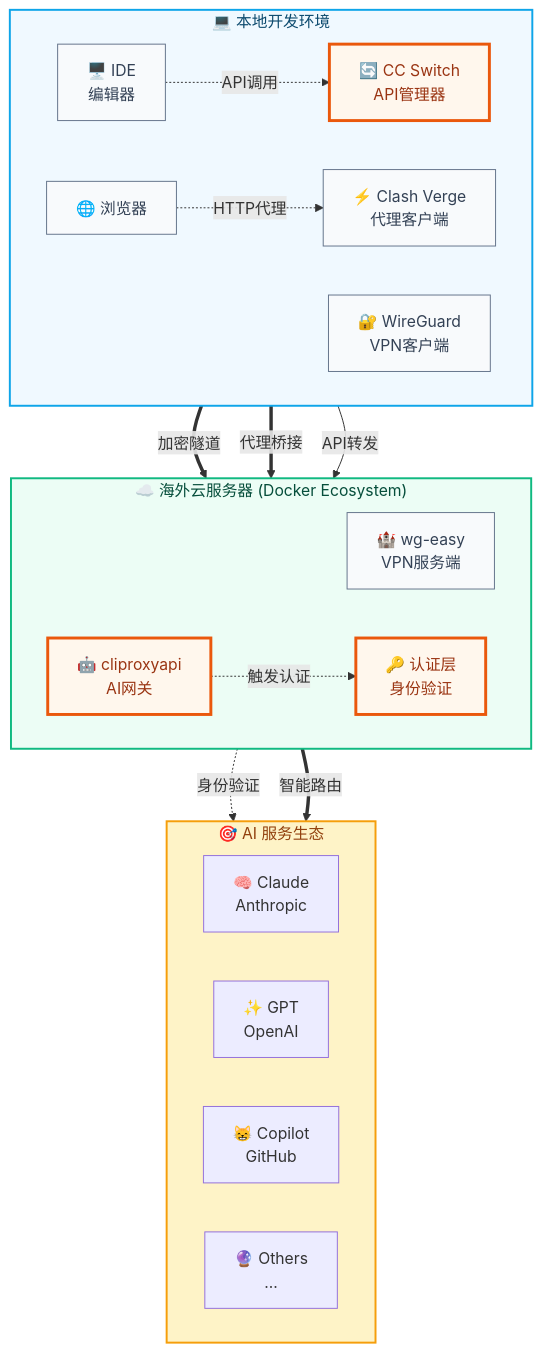
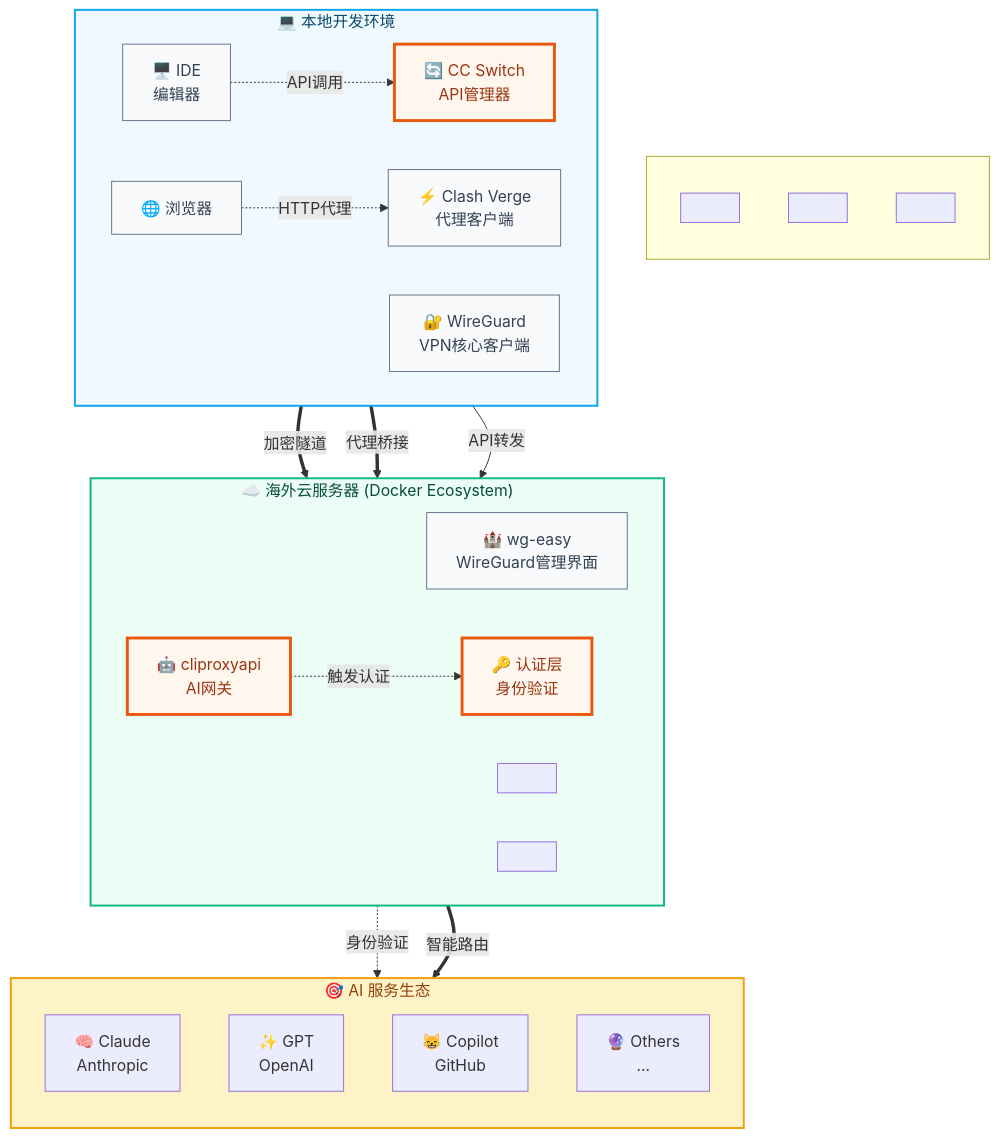
The diagram in docs/_posts/overseas-dev-environment.md (zhaofutao04/zblog), drawn with Mermaid before and after one commit. The commit also changed other lines of this file, not shown here.

First line of the commit message:
docs: 明确 wg-easy 和 WireGuard 的技术关系

````diff
--- a/docs/_posts/overseas-dev-environment.md
+++ b/docs/_posts/overseas-dev-environment.md
@@ -38,59 +38,69 @@
 ```mermaid
 flowchart TB
+    %% 隐藏节点用于对齐
+    subgraph " "
+        direction TB
+        spacer1[" "]
+        spacer2[" "]
+        spacer3[" "]
+    end
+
     %% ========== 本地开发环境 ==========
     subgraph Local["💻 本地开发环境"]
         direction LR
         IDE["🖥️ IDE<br/>编辑器"]
         Browser["🌐 浏览器"]
         CCSwitch["🔄 CC Switch<br/>API管理器"]
         Clash["⚡ Clash Verge<br/>代理客户端"]
-        WGClient["🔐 WireGuard<br/>VPN客户端"]
+        WGClient["🔐 WireGuard<br/>VPN核心客户端"]
     end
 
     %% ========== 海外云服务器 ==========
     subgraph Cloud["☁️ 海外云服务器 (Docker Ecosystem)"]
         direction LR
-        WGServer["🏰 wg-easy<br/>VPN服务端"]
+        WGServer["🏰 wg-easy<br/>WireGuard管理界面"]
         ApiGateway["🤖 cliproxyapi<br/>AI网关"]
         AuthLayer["🔑 认证层<br/>身份验证"]
+        CloudSpacer1[" "]
+        CloudSpacer2[" "]
     end
 
     %% ========== AI 服务生态 ==========
     subgraph AIEcosystem["🎯 AI 服务生态"]
-        direction LR
+        direction TB
         Claude["🧠 Claude<br/>Anthropic"]
         OpenAI["✨ GPT<br/>OpenAI"]
         Copilot["😸 Copilot<br/>GitHub"]
         Others["🔮 Others<br/>..."]
     end
 
     %% ========== 连接关系 ==========
     %% 开发层连接
     IDE -.->|API调用| CCSwitch
     Browser -.->|HTTP代理| Clash
 
     %% 网络层连接
     WGClient ==>|加密隧道| WGServer
     Clash ==>|代理桥接| WGServer
 
     %% 代理层连接
     CCSwitch -->|API转发| ApiGateway
     ApiGateway -.->|触发认证| AuthLayer
 
     %% 服务层连接
     AuthLayer -.->|身份验证| AIEcosystem
     ApiGateway ==>|智能路由| AIEcosystem
 
     %% ========== 视觉样式 ==========
     classDef localStyle fill:#f0f9ff,stroke:#0ea5e9,stroke-width:2px,color:#0c4a6e
     classDef cloudStyle fill:#ecfdf5,stroke:#10b981,stroke-width:2px,color:#064e3b
     classDef aiStyle fill:#fef3c7,stroke:#f59e0b,stroke-width:2px,color:#92400e
     classDef coreComponent fill:#fff7ed,stroke:#ea580c,stroke-width:3px,color:#9a3412
     classDef devTool fill:#f8fafc,stroke:#64748b,stroke-width:1px,color:#334155
 
     class Local localStyle
     class Cloud cloudStyle
     class AIEcosystem aiStyle
     class CCSwitch,ApiGateway,AuthLayer coreComponent
     class IDE,Browser,Clash,WGClient,WGServer devTool
 ```
````
